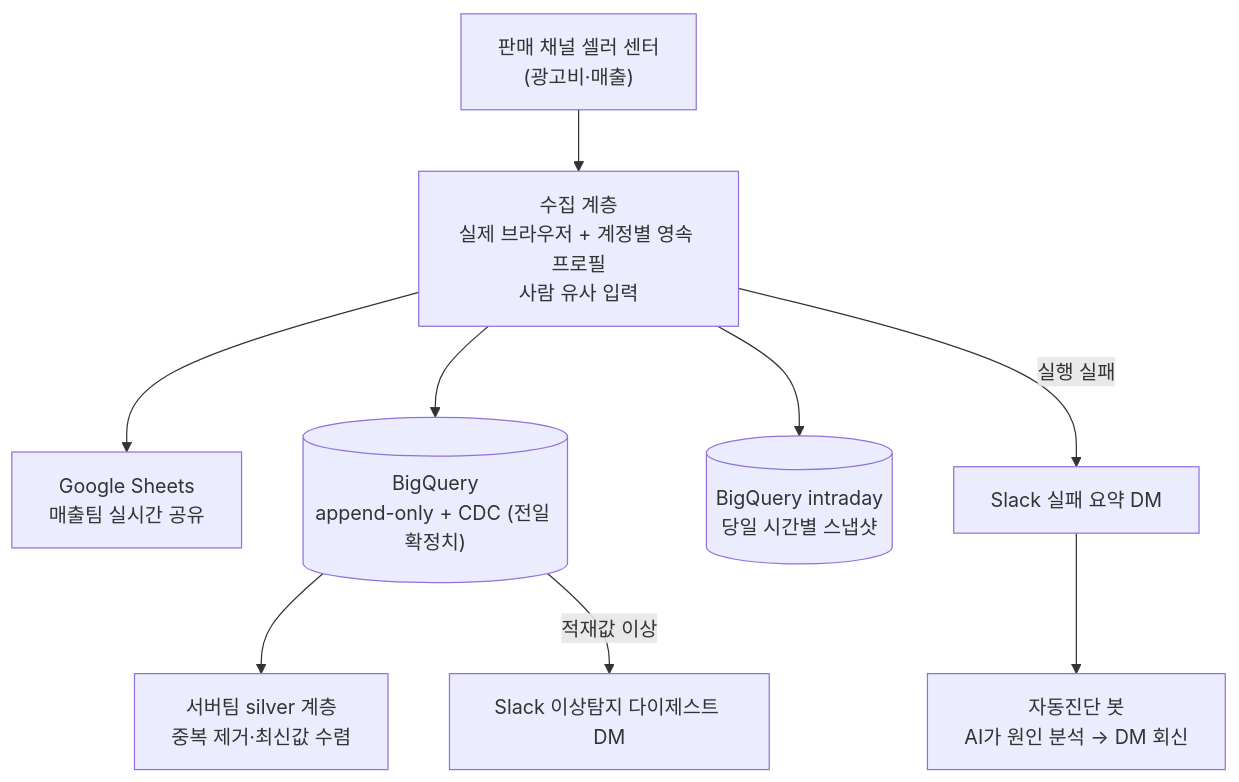
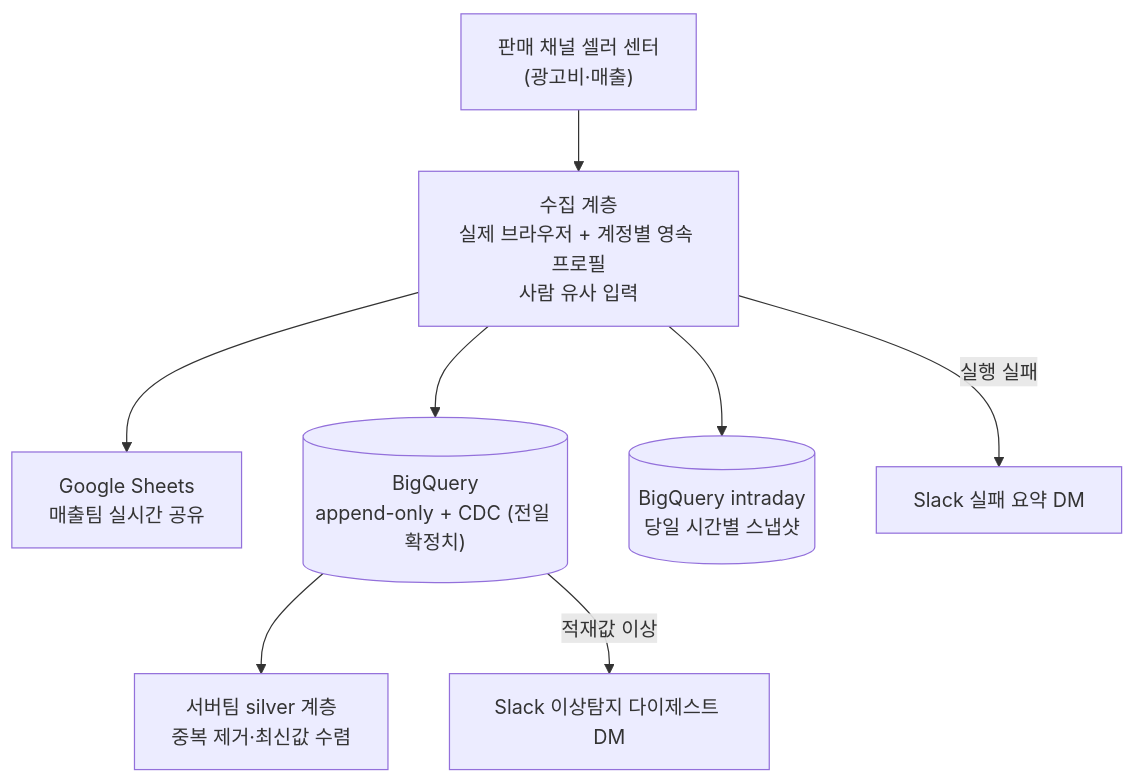
One commit to jinseungyeol/case-studies changed the diagram in commerce-data-pipeline/diagrams/pipeline.mmd. Above: the diagram before and after it, drawn with Mermaid. The commit also changed 12 other files, not shown here.

```diff
--- a/commerce-data-pipeline/diagrams/pipeline.mmd
+++ b/commerce-data-pipeline/diagrams/pipeline.mmd
@@ -1,10 +1,9 @@
 flowchart TD
     SRC["판매 채널 셀러 센터<br/>(광고비·매출)"] --> CR["수집 계층<br/>실제 브라우저 + 계정별 영속 프로필<br/>사람 유사 입력"]
     CR --> GS["Google Sheets<br/>매출팀 실시간 공유"]
     CR --> BQ[("BigQuery<br/>append-only + CDC (전일 확정치)")]
     CR --> IQ[("BigQuery intraday<br/>당일 시간별 스냅샷")]
     BQ --> SV["서버팀 silver 계층<br/>중복 제거·최신값 수렴"]
 
     CR -->|"실행 실패"| AL["Slack 실패 요약 DM"]
     BQ -->|"적재값 이상"| DG["Slack 이상탐지 다이제스트 DM"]
-    AL --> DIAG["자동진단 봇<br/>AI가 원인 분석 → DM 회신"]
```
